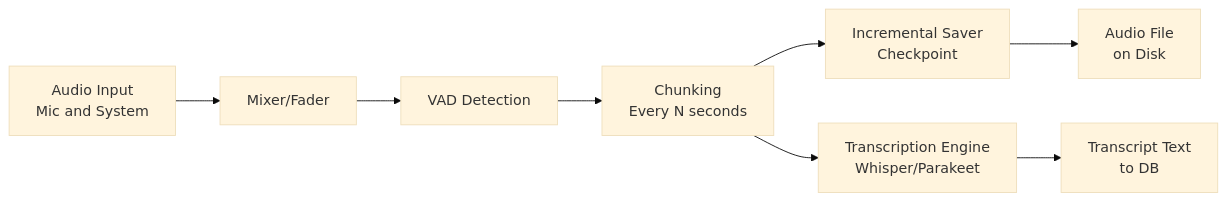
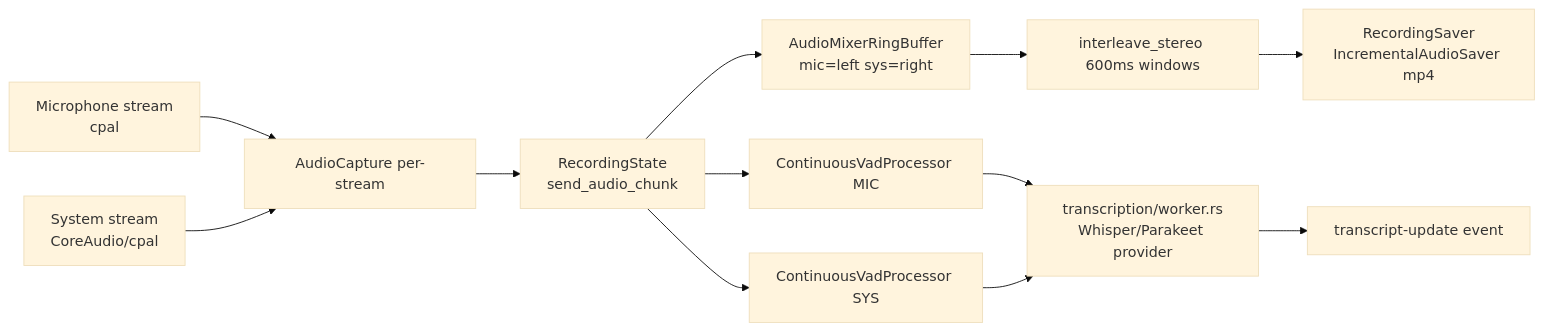
Before and after one commit to MPGek/meetily-mpg: the diagram in docs/CODEBASE_MAP_MODULE_AUDIO.md, drawn with Mermaid (base theme). The commit also changed other lines of this file and 62 other files, not shown here.

````diff
--- a/docs/CODEBASE_MAP_MODULE_AUDIO.md
+++ b/docs/CODEBASE_MAP_MODULE_AUDIO.md
@@ -121,10 +123,14 @@
 ```mermaid
 graph LR
-    Input[Audio Input<br/>Mic and System] --> Mix[Mixer/Fader]
-    Mix --> VAD[VAD Detection]
-    VAD --> Chunk[Chunking<br/>Every N seconds]
-    Chunk --> Save[Incremental Saver<br/>Checkpoint]
-    Chunk --> Transcribe[Transcription Engine<br/>Whisper/Parakeet]
-    Save --> FileOut[Audio File<br/>on Disk]
-    Transcribe --> TextOut[Transcript Text<br/>to DB]
+    Mic[Microphone stream<br/>cpal] --> ACP[AudioCapture per-stream]
+    Sys[System stream<br/>CoreAudio/cpal] --> ACP
+    ACP --> State[RecordingState<br/>send_audio_chunk]
+    State --> Ring[AudioMixerRingBuffer<br/>mic=left sys=right]
+    Ring --> Interleave[interleave_stereo 600ms windows]
+    Interleave --> RecSaver[RecordingSaver<br/>IncrementalAudioSaver mp4]
+    State --> VADmic[ContinuousVadProcessor MIC]
+    State --> VADsys[ContinuousVadProcessor SYS]
+    VADmic --> Worker[transcription/worker.rs<br/>Whisper/Parakeet provider]
+    VADsys --> Worker
+    Worker --> TranscriptUpdate[transcript-update event]
 ```
````
